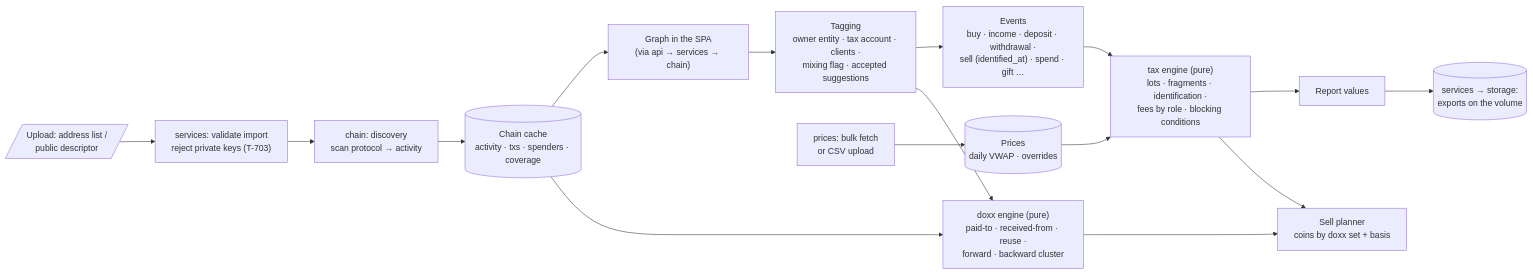
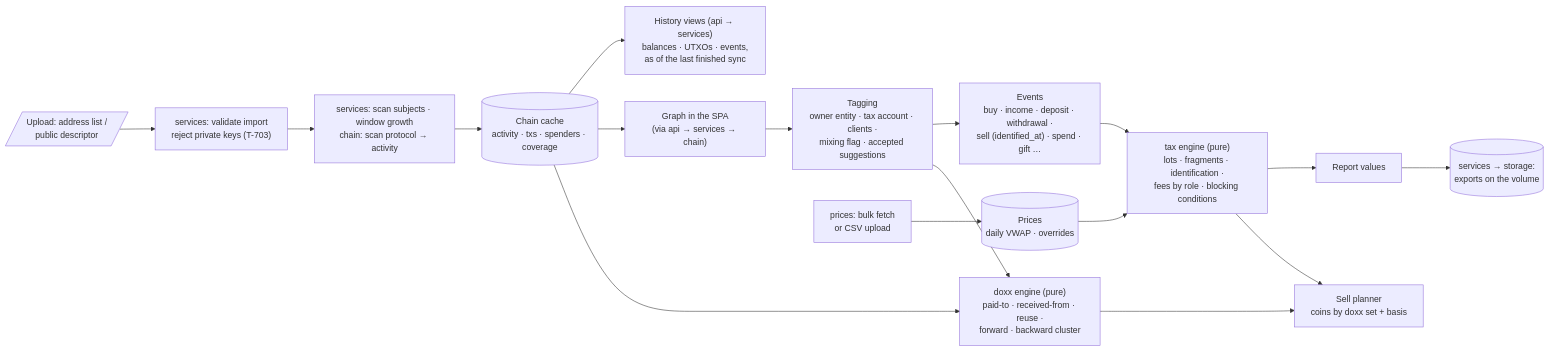
Before and after one commit to kristovatlas/coin-accounting: the fourth of 9 diagrams in docs/architecture.md, drawn with Mermaid. The commit also changed other lines of this file and 4 other files, not shown here.

First line of the commit message:
M2 closing: THREAT_MODEL statuses and evidence, PLAN progress, architecture 0.2.7 (ADR 0036)

````diff
--- a/docs/architecture.md
+++ b/docs/architecture.md
@@ -236,18 +239,19 @@
 ```mermaid
 flowchart LR
   I1[/"Upload: address list /<br/>public descriptor"/] --> V["services: validate import<br/>reject private keys (T-703)"]
-  V --> D["chain: discovery<br/>scan protocol → activity"]
+  V --> D["services: scan subjects · window growth<br/>chain: scan protocol → activity"]
   D --> C[("Chain cache<br/>activity · txs · spenders · coverage")]
+  C --> H["History views (api → services)<br/>balances · UTXOs · events,<br/>as of the last finished sync"]
   C --> G["Graph in the SPA<br/>(via api → services → chain)"]
   G --> T["Tagging<br/>owner entity · tax account · clients ·<br/>mixing flag · accepted suggestions"]
   T --> E["Events<br/>buy · income · deposit · withdrawal ·<br/>sell (identified_at) · spend · gift …"]
   PF["prices: bulk fetch<br/>or CSV upload"] --> P[("Prices<br/>daily VWAP · overrides")]
   P --> L
   E --> L["tax engine (pure)<br/>lots · fragments · identification ·<br/>fees by role · blocking conditions"]
   C --> X
   T --> X["doxx engine (pure)<br/>paid-to · received-from · reuse ·<br/>forward · backward cluster"]
   L --> R["Report values"]
   R --> O[("services → storage:<br/>exports on the volume")]
   X --> SP["Sell planner<br/>coins by doxx set + basis"]
   L --> SP
 ```
````
